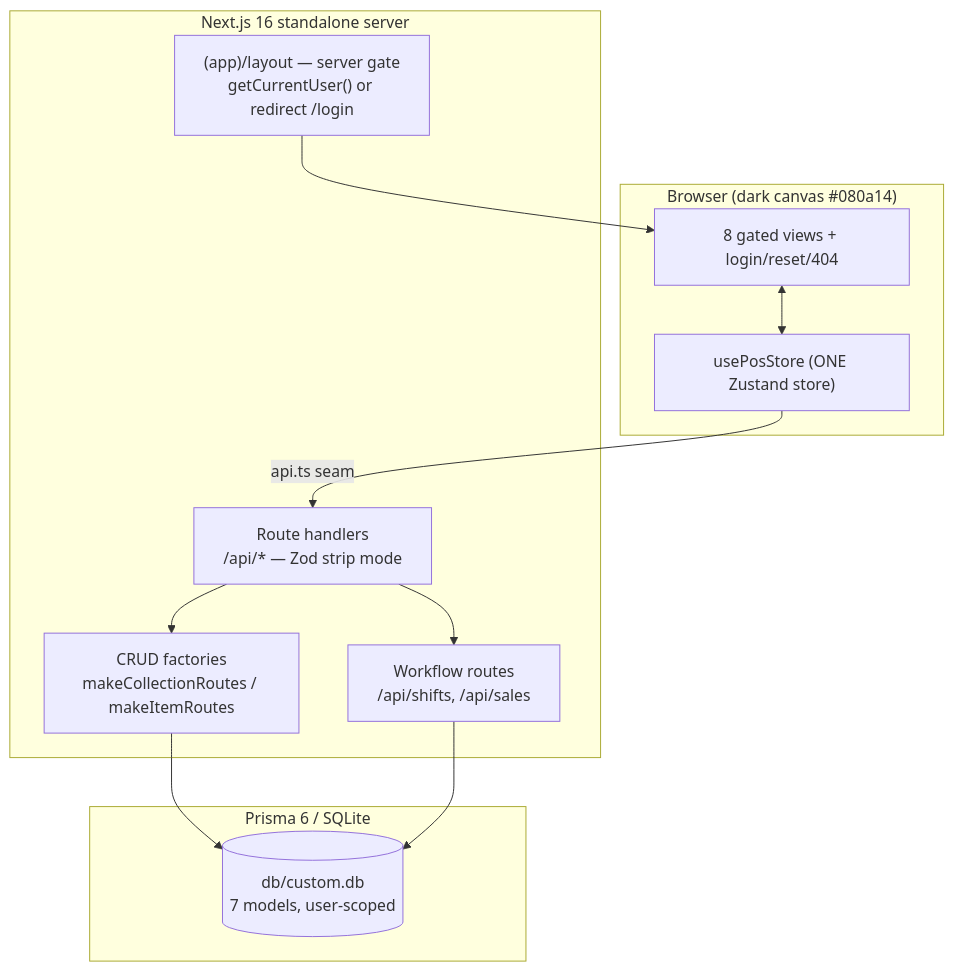
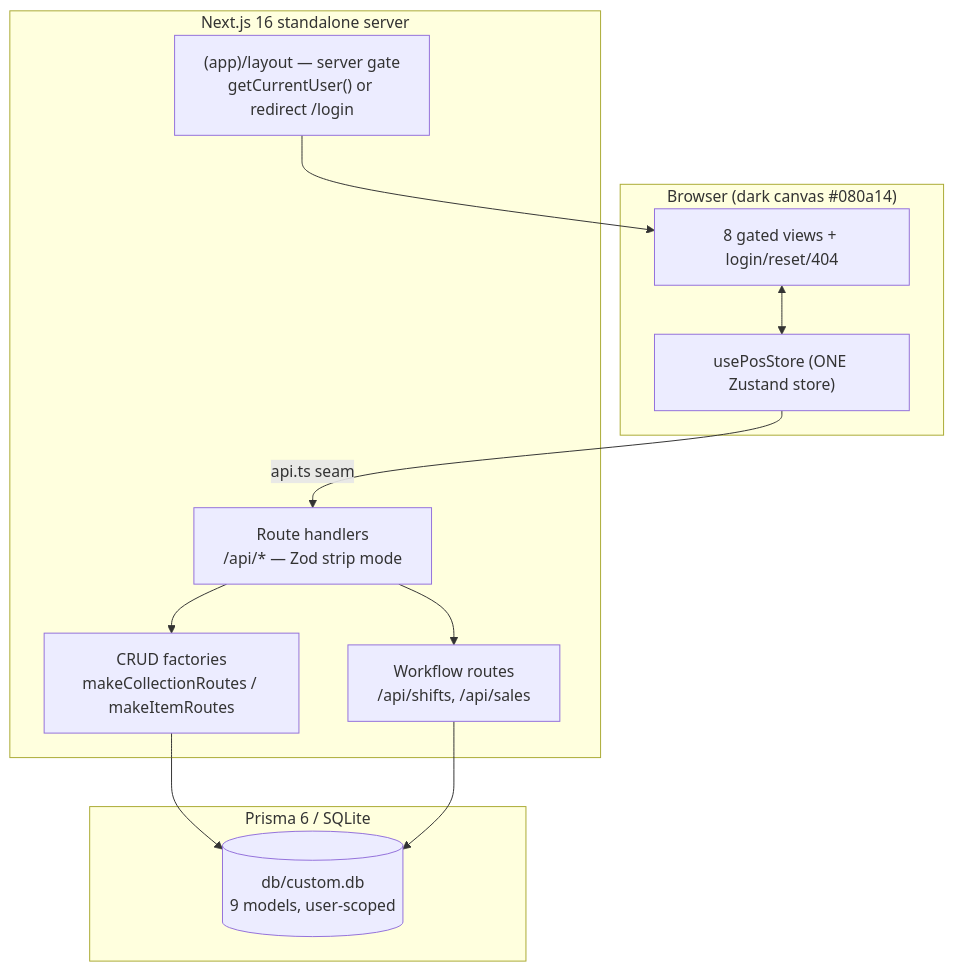
One commit to nordeim/velox-pos-2 changed the diagram in Project_Architecture_Document.md. Above: the diagram before and after it, drawn with Mermaid. The commit also changed other lines of this file and 21 other files, not shown here.

````diff
--- a/Project_Architecture_Document.md
+++ b/Project_Architecture_Document.md
@@ -53,23 +53,23 @@
 ```mermaid
 flowchart TB
     subgraph Client["Browser (dark canvas #080a14)"]
         V["8 gated views + login/reset/404"]
         S["usePosStore (ONE Zustand store)"]
         V <--> S
     end
     subgraph Server["Next.js 16 standalone server"]
         L["(app)/layout — server gate\ngetCurrentUser() or redirect /login"]
         R["Route handlers\n/api/* — Zod strip mode"]
         W["Workflow routes\n/api/shifts, /api/sales"]
         F["CRUD factories\nmakeCollectionRoutes / makeItemRoutes"]
         L --> V
         S -->|api.ts seam| R
         R --> F
         R --> W
     end
     subgraph Data["Prisma 6 / SQLite"]
-        DB[("db/custom.db\n7 models, user-scoped")]
+        DB[("db/custom.db\n9 models, user-scoped")]
     end
     F --> DB
     W --> DB
 ```
````
